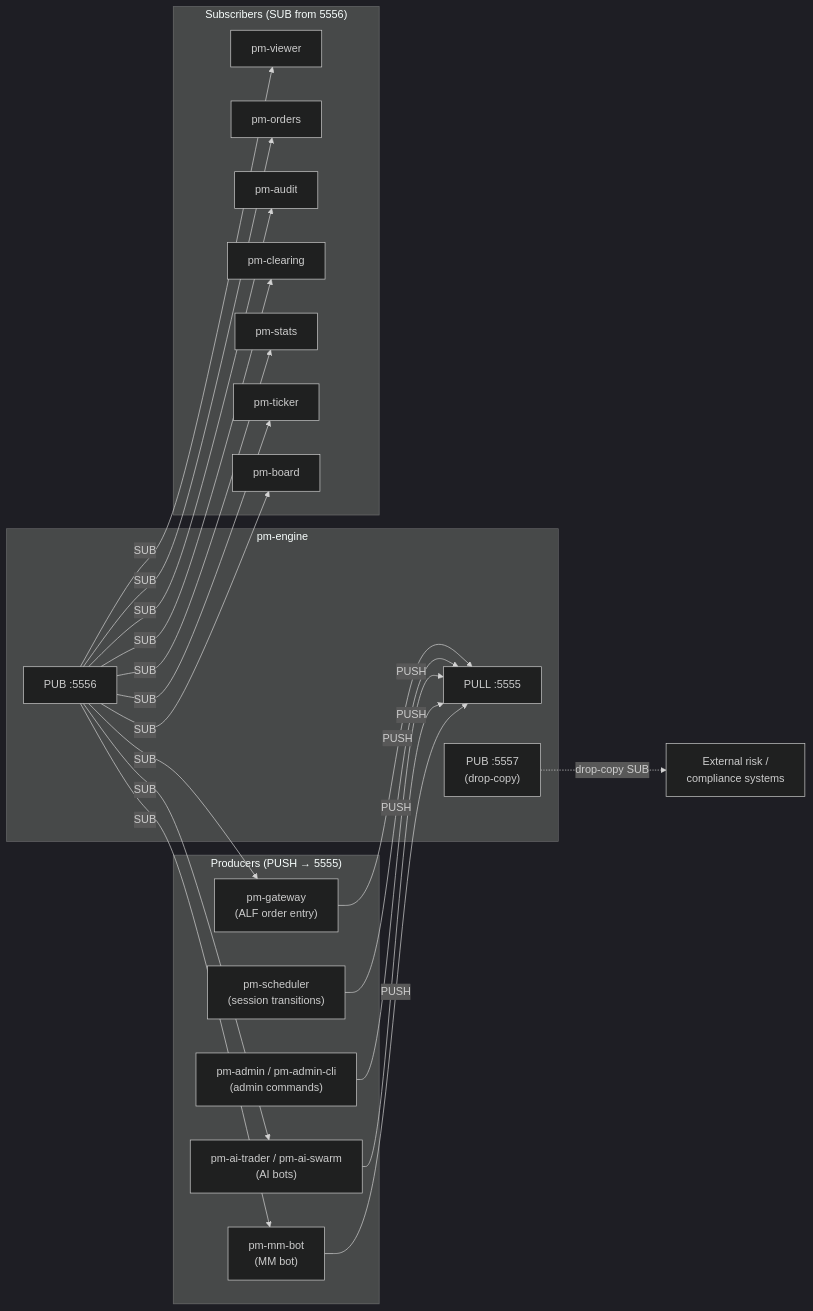
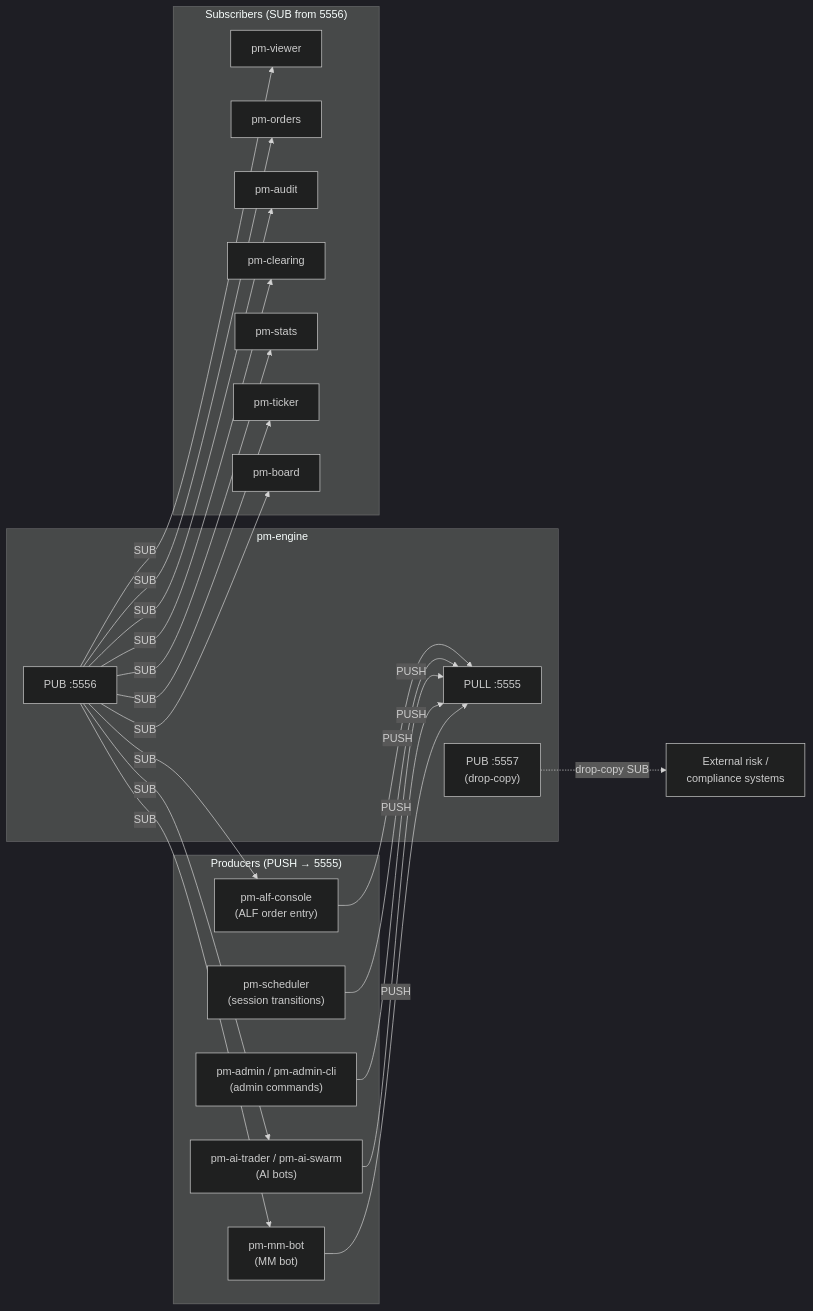
One commit to johan162/EduMatcher changed the first of 2 diagrams in docs/user-guide/10-processes.md. Above: the diagram before and after it, drawn with Mermaid (dark theme). The commit also changed other lines of this file and 38 other files, not shown here.

````diff
--- a/docs/user-guide/10-processes.md
+++ b/docs/user-guide/10-processes.md
@@ -37,43 +37,43 @@
 ```mermaid
 flowchart LR
     subgraph producers["Producers (PUSH → 5555)"]
-        GW["pm-gateway\n(ALF order entry)"]
+        GW["pm-alf-console\n(ALF order entry)"]
         SCH["pm-scheduler\n(session transitions)"]
         ADM["pm-admin / pm-admin-cli\n(admin commands)"]
         AI["pm-ai-trader / pm-ai-swarm\n(AI bots)"]
         MMB["pm-mm-bot\n(MM bot)"]
     end
 
     subgraph engine["pm-engine"]
         PULL["PULL :5555"]
         PUB["PUB :5556"]
         DC["PUB :5557\n(drop-copy)"]
     end
 
     subgraph subscribers["Subscribers (SUB from 5556)"]
         VW["pm-viewer"]
         ORD["pm-orders"]
         AUD["pm-audit"]
         CLR["pm-clearing"]
         STS["pm-stats"]
         TKR["pm-ticker"]
         BRD["pm-board"]
     end
 
     GW -->|PUSH| PULL
     SCH -->|PUSH| PULL
     ADM -->|PUSH| PULL
     AI -->|PUSH| PULL
     MMB -->|PUSH| PULL
     PUB -->|SUB| GW
     PUB -->|SUB| VW
     PUB -->|SUB| ORD
     PUB -->|SUB| AUD
     PUB -->|SUB| CLR
     PUB -->|SUB| STS
     PUB -->|SUB| TKR
     PUB -->|SUB| BRD
     PUB -->|SUB| AI
     PUB -->|SUB| MMB
     DC -.->|drop-copy SUB| EXT["External risk /\ncompliance systems"]
 ```
````
